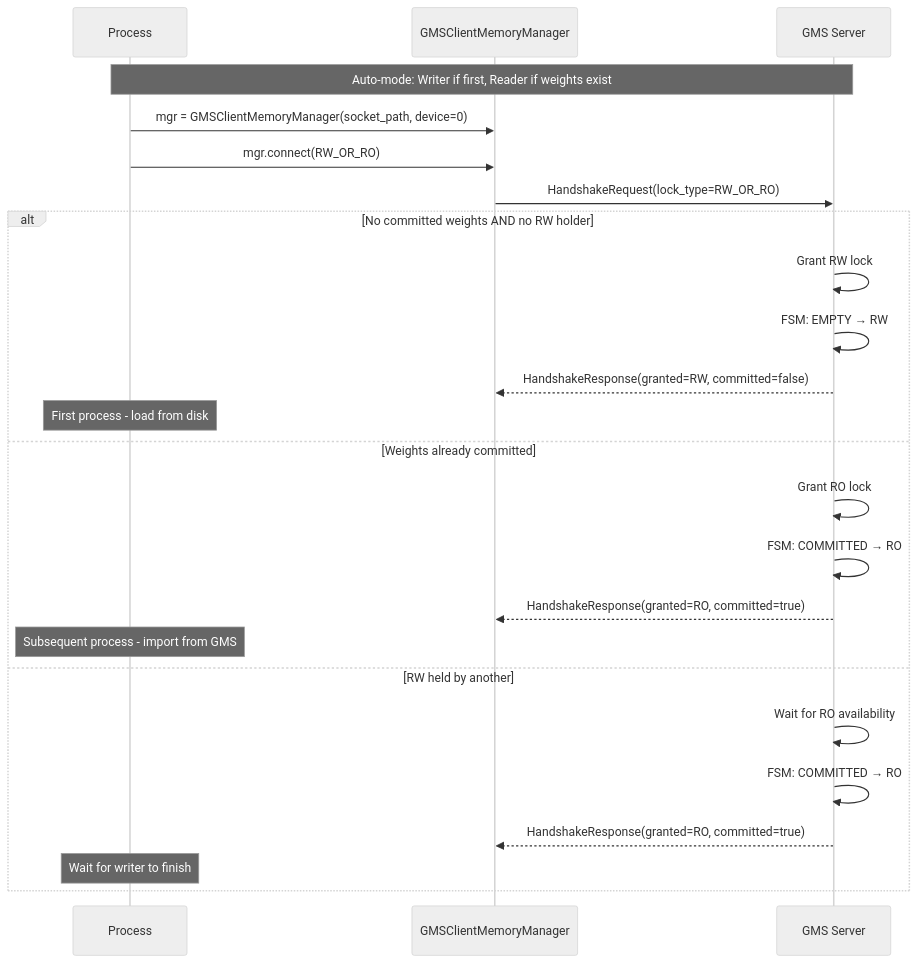
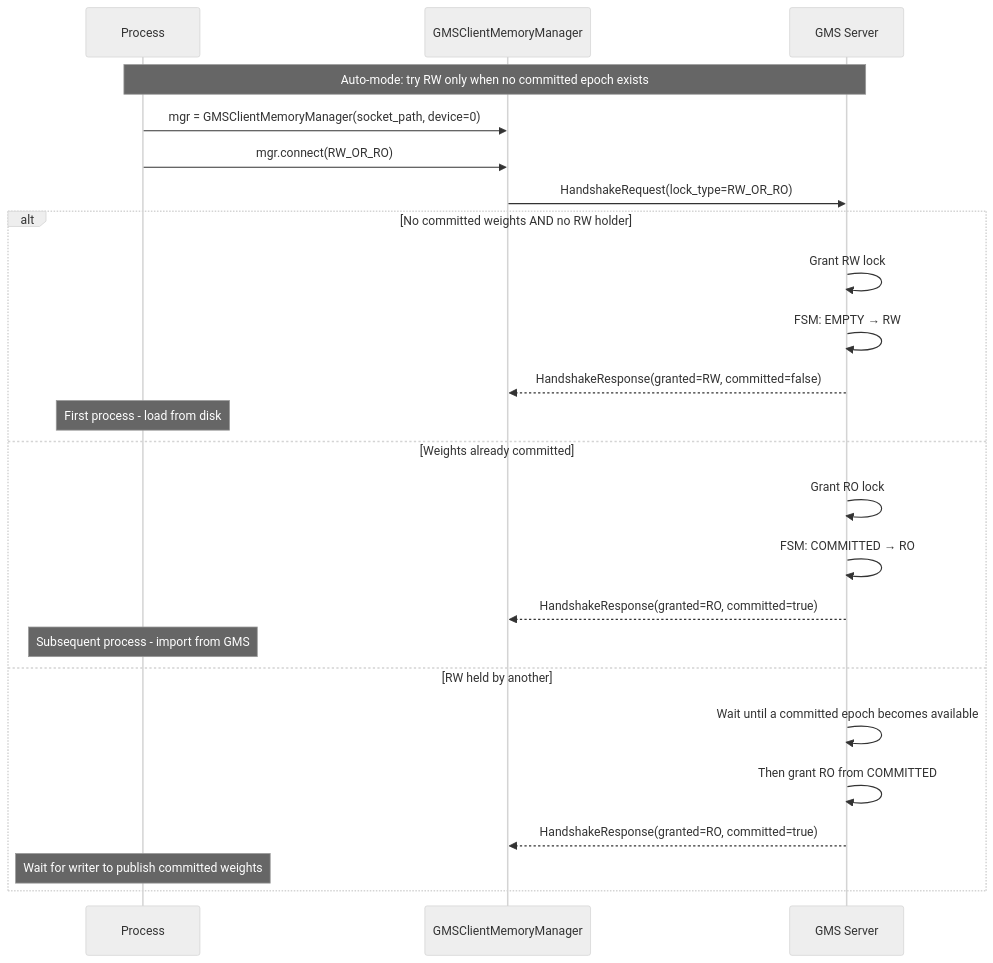
Before and after one commit to ai-dynamo/dynamo: the sixth of 6 diagrams in lib/gpu_memory_service/README.md, drawn with Mermaid (neutral theme). The commit also changed other lines of this file, not shown here.

Commit message:
gms: refresh docs for current epoch semantics

````diff
--- a/lib/gpu_memory_service/README.md
+++ b/lib/gpu_memory_service/README.md
@@ -328,29 +330,29 @@
 ```mermaid
 sequenceDiagram
     participant P as Process
     participant C as GMSClientMemoryManager
     participant S as GMS Server
 
-    Note over P,S: Auto-mode: Writer if first, Reader if weights exist
+    Note over P,S: Auto-mode: try RW only when no committed epoch exists
 
     P->>C: mgr = GMSClientMemoryManager(socket_path, device=0)
     P->>C: mgr.connect(RW_OR_RO)
     C->>S: HandshakeRequest(lock_type=RW_OR_RO)
 
     alt No committed weights AND no RW holder
         S->>S: Grant RW lock
         S->>S: FSM: EMPTY → RW
         S-->>C: HandshakeResponse(granted=RW, committed=false)
         Note over P: First process - load from disk
     else Weights already committed
         S->>S: Grant RO lock
         S->>S: FSM: COMMITTED → RO
         S-->>C: HandshakeResponse(granted=RO, committed=true)
         Note over P: Subsequent process - import from GMS
     else RW held by another
-        S->>S: Wait for RO availability
-        S->>S: FSM: COMMITTED → RO
+        S->>S: Wait until a committed epoch becomes available
+        S->>S: Then grant RO from COMMITTED
         S-->>C: HandshakeResponse(granted=RO, committed=true)
-        Note over P: Wait for writer to finish
+        Note over P: Wait for writer to publish committed weights
     end
 ```
````
